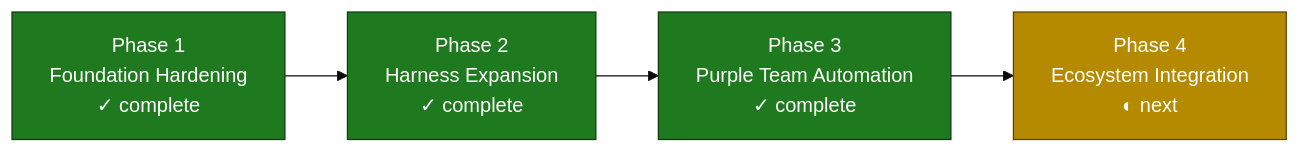
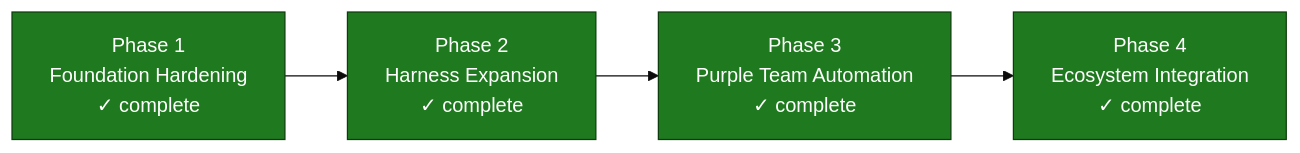
Before and after one commit to babywyrm/sysadmin: the first of 2 diagrams in ai/mcp/ROADMAP.md, drawn with Mermaid (base theme). The commit also changed other lines of this file and 7 other files, not shown here.

First line of the commit message:
feat(mcp-slayer): complete Phase 4 — ecosystem integration and adoption tooling

````diff
--- a/ai/mcp/ROADMAP.md
+++ b/ai/mcp/ROADMAP.md
@@ -38,12 +38,12 @@
 ```mermaid
 flowchart LR
     P1["Phase 1<br/>Foundation Hardening<br/>✓ complete"]:::done
     P2["Phase 2<br/>Harness Expansion<br/>✓ complete"]:::done
     P3["Phase 3<br/> Purple Team Automation<br/>✓ complete"]:::done
-    P4["Phase 4<br/>Ecosystem Integration<br/>◐ next"]:::active
+    P4["Phase 4<br/>Ecosystem Integration<br/>✓ complete"]:::done
     P1 --> P2 --> P3 --> P4
 
     classDef done fill:#1f7a1f,stroke:#0d3d0d,color:#ffffff
     classDef active fill:#b58900,stroke:#5c4500,color:#ffffff
     classDef todo fill:#444444,stroke:#222222,color:#dddddd
 ```
````
